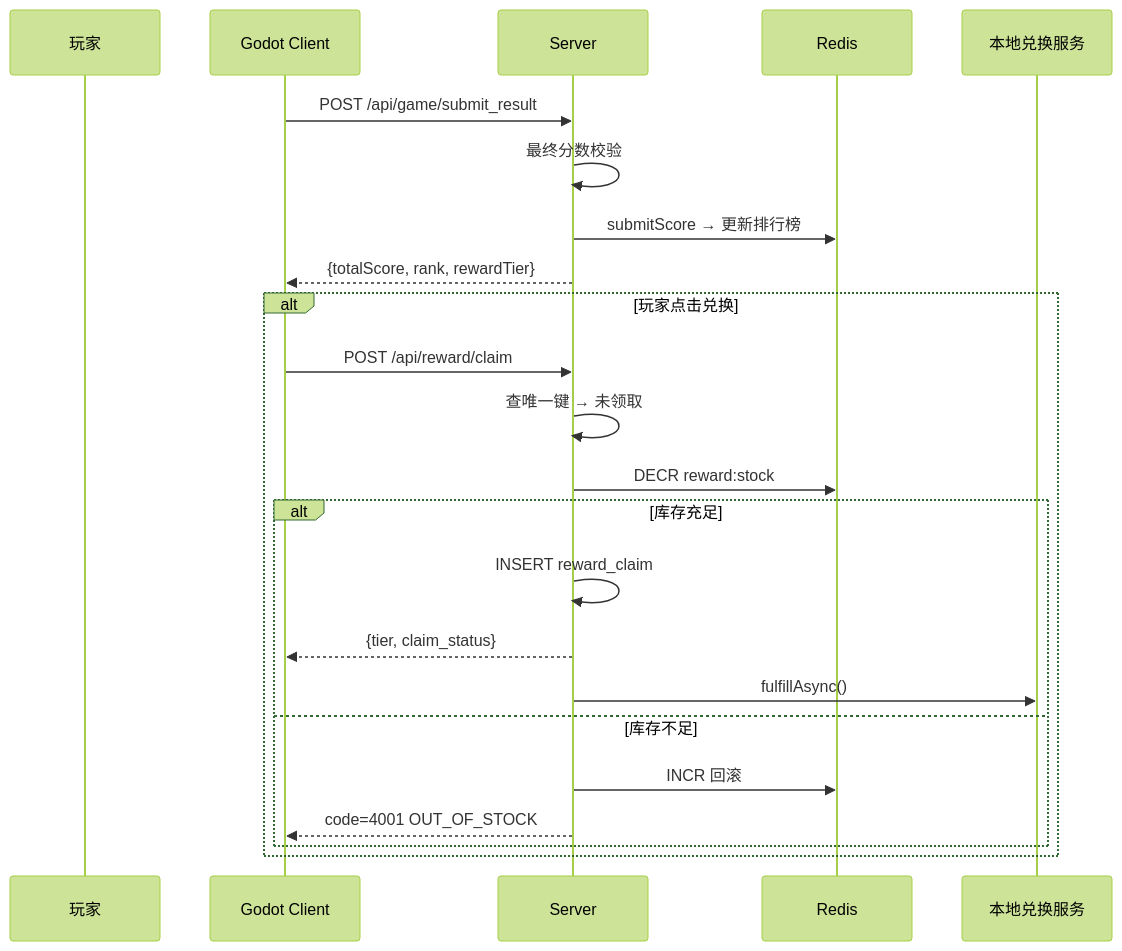
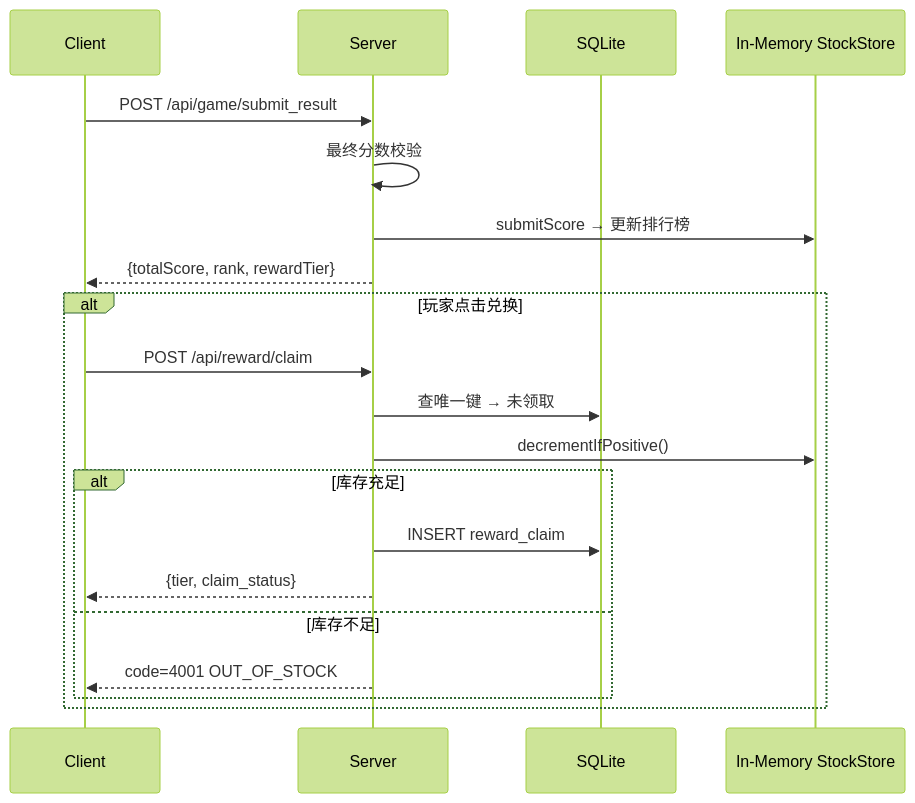
One commit to Lwin993/my-poker-roguelike changed the sixth of 8 diagrams in docs/poker_roguelike_tech_spec.md. Above: the diagram before and after it, drawn with Mermaid (forest theme). The commit also changed other lines of this file and 62 other files, not shown here.

````diff
--- a/docs/poker_roguelike_tech_spec.md
+++ b/docs/poker_roguelike_tech_spec.md
@@ -1985,27 +1165,24 @@
 ```mermaid
 sequenceDiagram
-    participant P as 玩家
-    participant G as Godot Client
+    participant C as Client
     participant S as Server
-    participant Redis as Redis
-    participant Local as 本地兑换服务
-    
-    G->>S: POST /api/game/submit_result
+    participant DB as SQLite
+    participant Mem as In-Memory StockStore
+
+    C->>S: POST /api/game/submit_result
     S->>S: 最终分数校验
-    S->>Redis: submitScore → 更新排行榜
-    S-->>G: {totalScore, rank, rewardTier}
-    
+    S->>Mem: submitScore → 更新排行榜
+    S-->>C: {totalScore, rank, rewardTier}
+
     alt 玩家点击兑换
-        G->>S: POST /api/reward/claim
-        S->>S: 查唯一键 → 未领取
-        S->>Redis: DECR reward:stock
+        C->>S: POST /api/reward/claim
+        S->>DB: 查唯一键 → 未领取
+        S->>Mem: decrementIfPositive()
         alt 库存充足
-            S->>S: INSERT reward_claim
-            S-->>G: {tier, claim_status}
-            S->>Local: fulfillAsync()
+            S->>DB: INSERT reward_claim
+            S-->>C: {tier, claim_status}
         else 库存不足
-            S->>Redis: INCR 回滚
-            S-->>G: code=4001 OUT_OF_STOCK
+            S-->>C: code=4001 OUT_OF_STOCK
         end
     end
 ```
````
